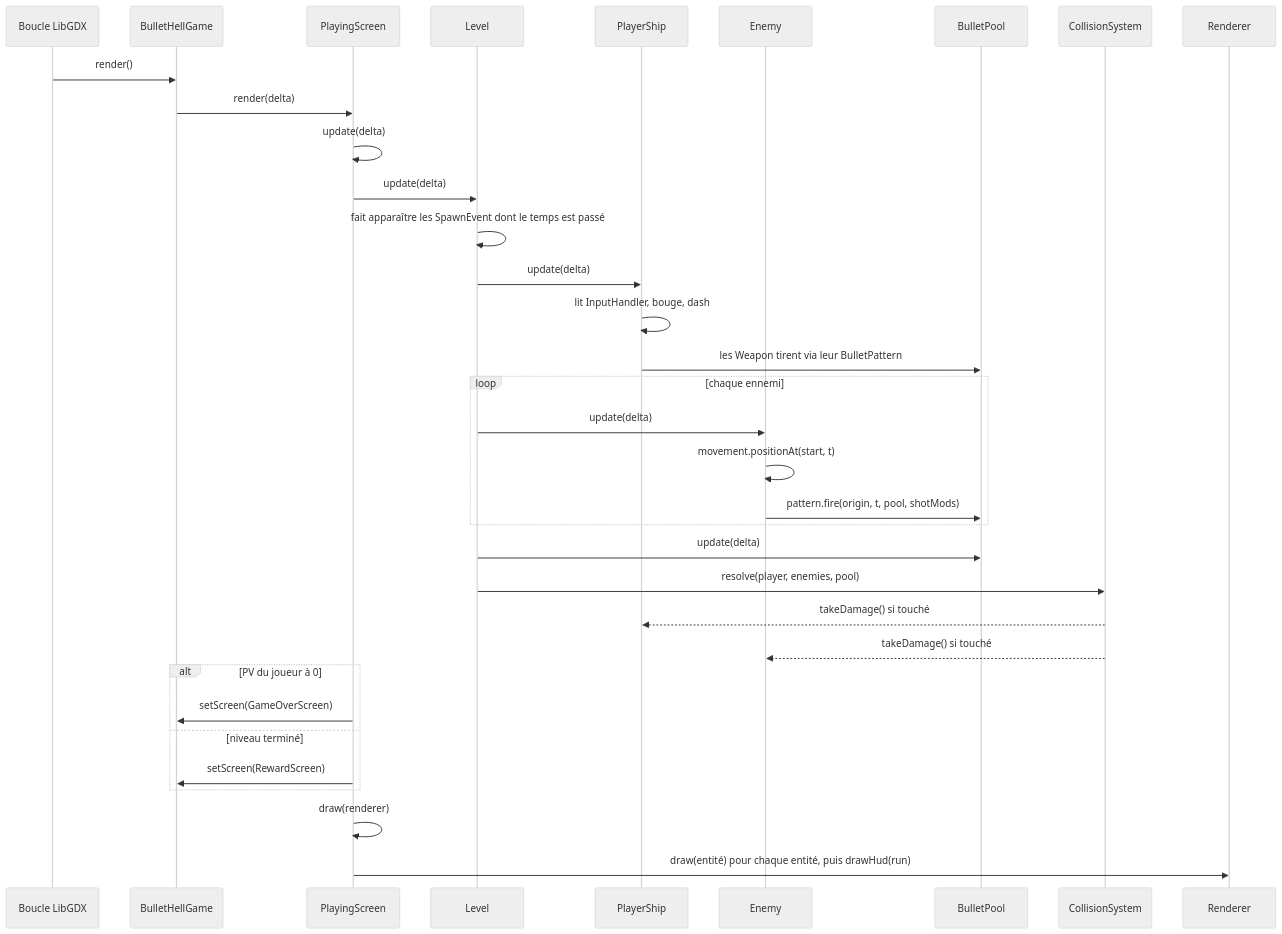
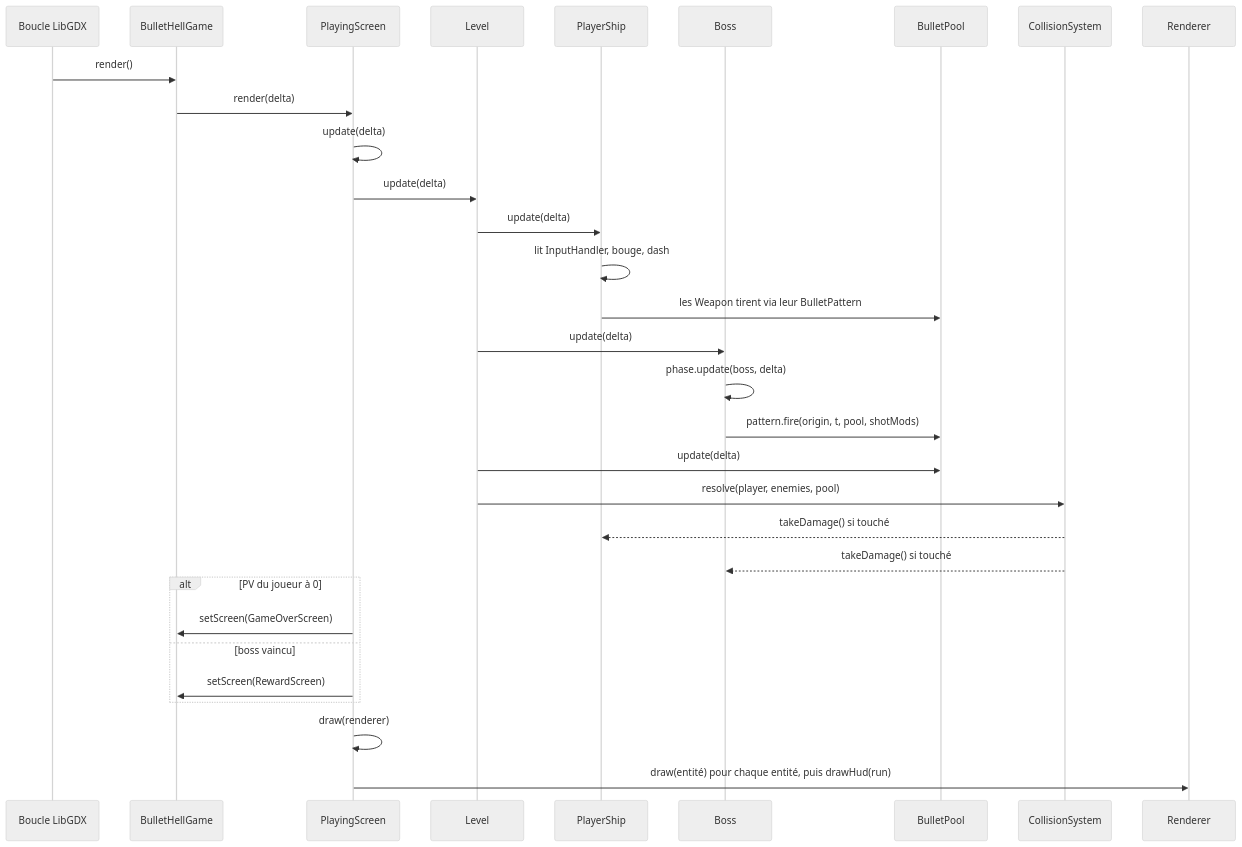
One commit to Bisiaux-dev/public-vault changed the eighth of 11 diagrams in content/2D-Game/ideas/pierre/Bullet hell roguelike - UML.md. Above: the diagram before and after it, drawn with Mermaid (neutral theme). The commit also changed other lines of this file and 31 other files, not shown here.

````diff
--- a/content/2D-Game/ideas/pierre/Bullet hell roguelike - UML.md
+++ b/content/2D-Game/ideas/pierre/Bullet hell roguelike - UML.md
@@ -650,37 +520,34 @@
 ```mermaid
 sequenceDiagram
     participant GDX as Boucle LibGDX
     participant G as BulletHellGame
     participant PS as PlayingScreen
     participant L as Level
     participant P as PlayerShip
-    participant E as Enemy
+    participant E as Boss
     participant Pool as BulletPool
     participant C as CollisionSystem
     participant R as Renderer
 
     GDX->>G: render()
     G->>PS: render(delta)
     PS->>PS: update(delta)
     PS->>L: update(delta)
-    L->>L: fait apparaître les SpawnEvent dont le temps est passé
     L->>P: update(delta)
     P->>P: lit InputHandler, bouge, dash
     P->>Pool: les Weapon tirent via leur BulletPattern
-    loop chaque ennemi
-        L->>E: update(delta)
-        E->>E: movement.positionAt(start, t)
-        E->>Pool: pattern.fire(origin, t, pool, shotMods)
-    end
+    L->>E: update(delta)
+    E->>E: phase.update(boss, delta)
+    E->>Pool: pattern.fire(origin, t, pool, shotMods)
     L->>Pool: update(delta)
     L->>C: resolve(player, enemies, pool)
     C-->>P: takeDamage() si touché
     C-->>E: takeDamage() si touché
     alt PV du joueur à 0
         PS->>G: setScreen(GameOverScreen)
-    else niveau terminé
+    else boss vaincu
         PS->>G: setScreen(RewardScreen)
     end
     PS->>PS: draw(renderer)
     PS->>R: draw(entité) pour chaque entité, puis drawHud(run)
 ```
````
